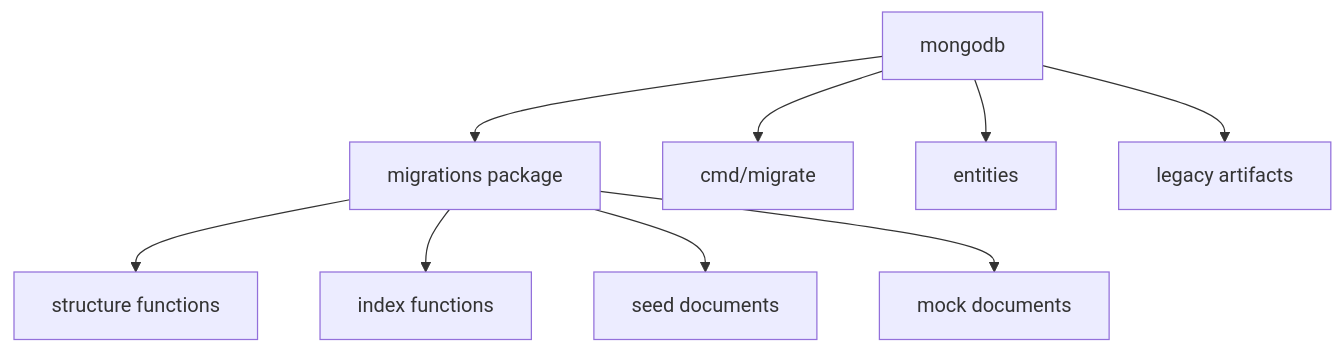
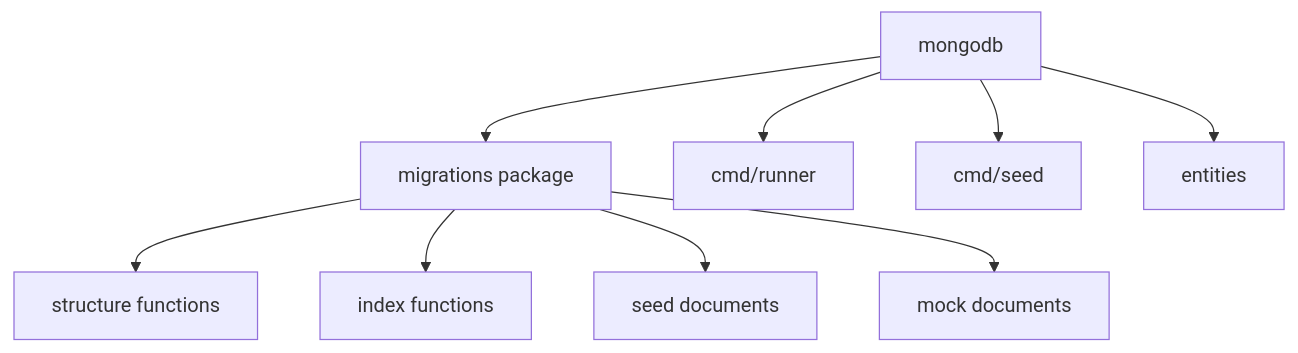
One commit to EduGoGroup/edugo-infrastructure changed the diagram in mongodb/docs/architecture.md. Above: the diagram before and after it, drawn with Mermaid. The commit also changed other lines of this file and 35 other files, not shown here.

First line of the commit message:
Remove legacy migrate CLIs and deprecated files

````diff
--- a/mongodb/docs/architecture.md
+++ b/mongodb/docs/architecture.md
@@ -36,13 +37,13 @@
 ```mermaid
 flowchart TB
     MG[mongodb]
     MG --> API[migrations package]
-    MG --> CLI[cmd/migrate]
+    MG --> CLI2[cmd/runner]
+    MG --> CLI3[cmd/seed]
     MG --> ENT[entities]
-    MG --> LEG[legacy artifacts]
 
     API --> STR[structure functions]
     API --> IDX[index functions]
     API --> SEED[seed documents]
     API --> MOCK[mock documents]
 ```
````
